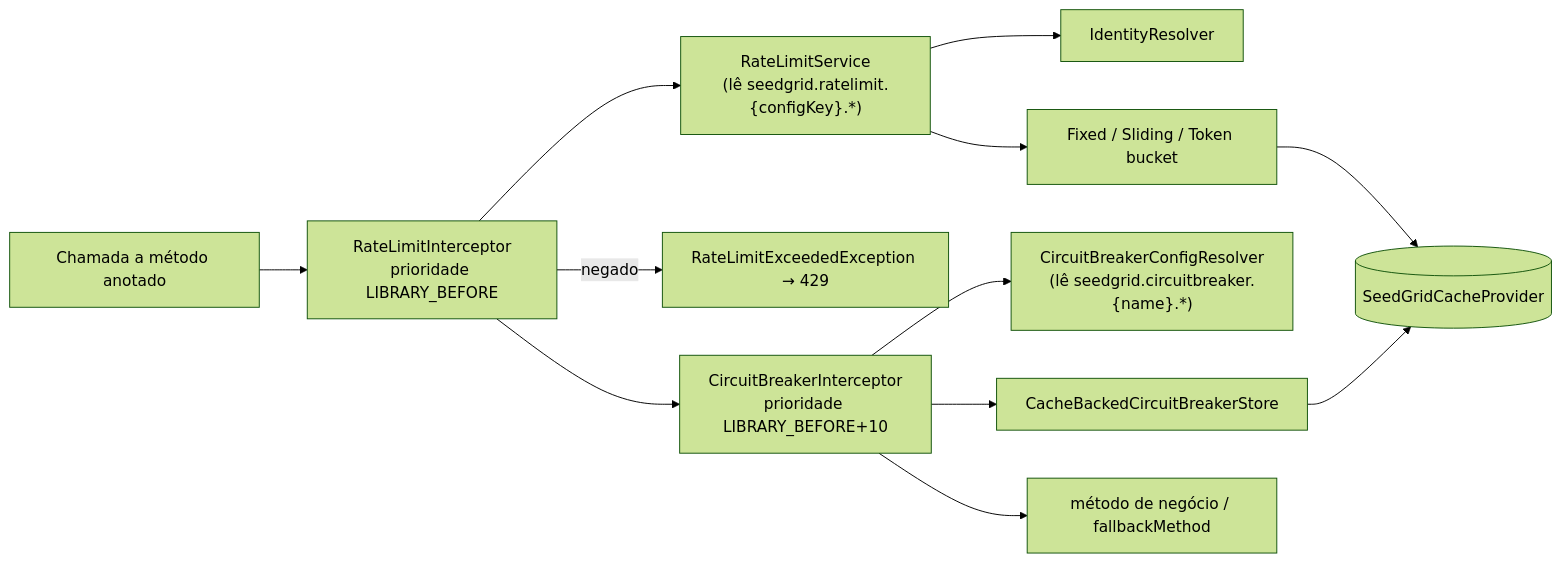
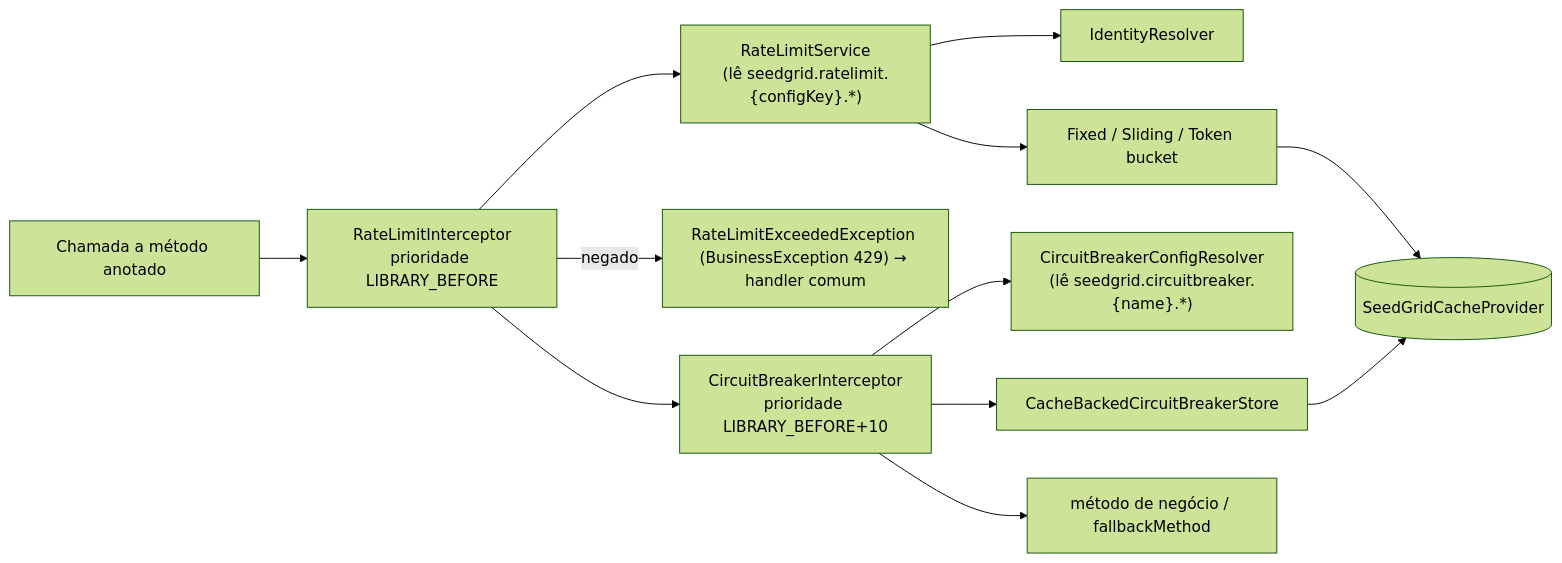
Before and after one commit to SeedGrid/seedgrid-ai: the diagram in seedgridKB/SeedGrid/Extensions/resilience/Visao-geral.md, drawn with Mermaid (forest theme). The commit also changed other lines of this file and 1 other file, not shown here.

Commit message:
KB de host: resilience com 429 BusinessException (problem+json) e circuito aberto 503; sem mapper no host

````diff
--- a/seedgridKB/SeedGrid/Extensions/resilience/Visao-geral.md
+++ b/seedgridKB/SeedGrid/Extensions/resilience/Visao-geral.md
@@ -47,13 +47,13 @@
 ```mermaid
 flowchart LR
     CALL["Chamada a método anotado"] --> RLI["RateLimitInterceptor<br/>prioridade LIBRARY_BEFORE"]
     RLI --> RLS["RateLimitService<br/>(lê seedgrid.ratelimit.{configKey}.*)"]
     RLS --> IDR["IdentityResolver"]
     RLS --> ALG["Fixed / Sliding / Token bucket"]
     ALG --> CACHE[("SeedGridCacheProvider")]
-    RLI -->|"negado"| EX429["RateLimitExceededException → 429"]
+    RLI -->|"negado"| EX429["RateLimitExceededException (BusinessException 429) → handler comum"]
     RLI --> CBI["CircuitBreakerInterceptor<br/>prioridade LIBRARY_BEFORE+10"]
     CBI --> CBR["CircuitBreakerConfigResolver<br/>(lê seedgrid.circuitbreaker.{name}.*)"]
     CBI --> STORE["CacheBackedCircuitBreakerStore"] --> CACHE
     CBI --> M["método de negócio / fallbackMethod"]
 ```
````
